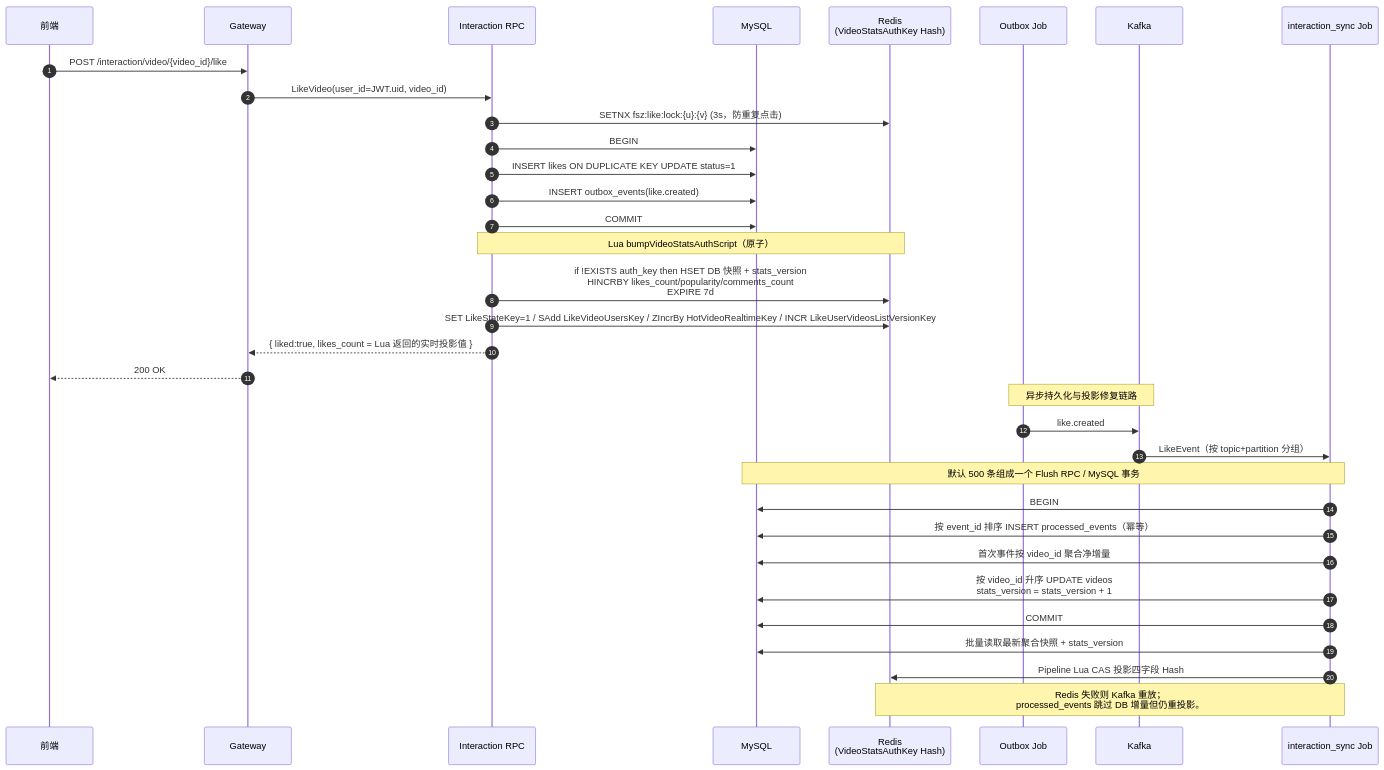
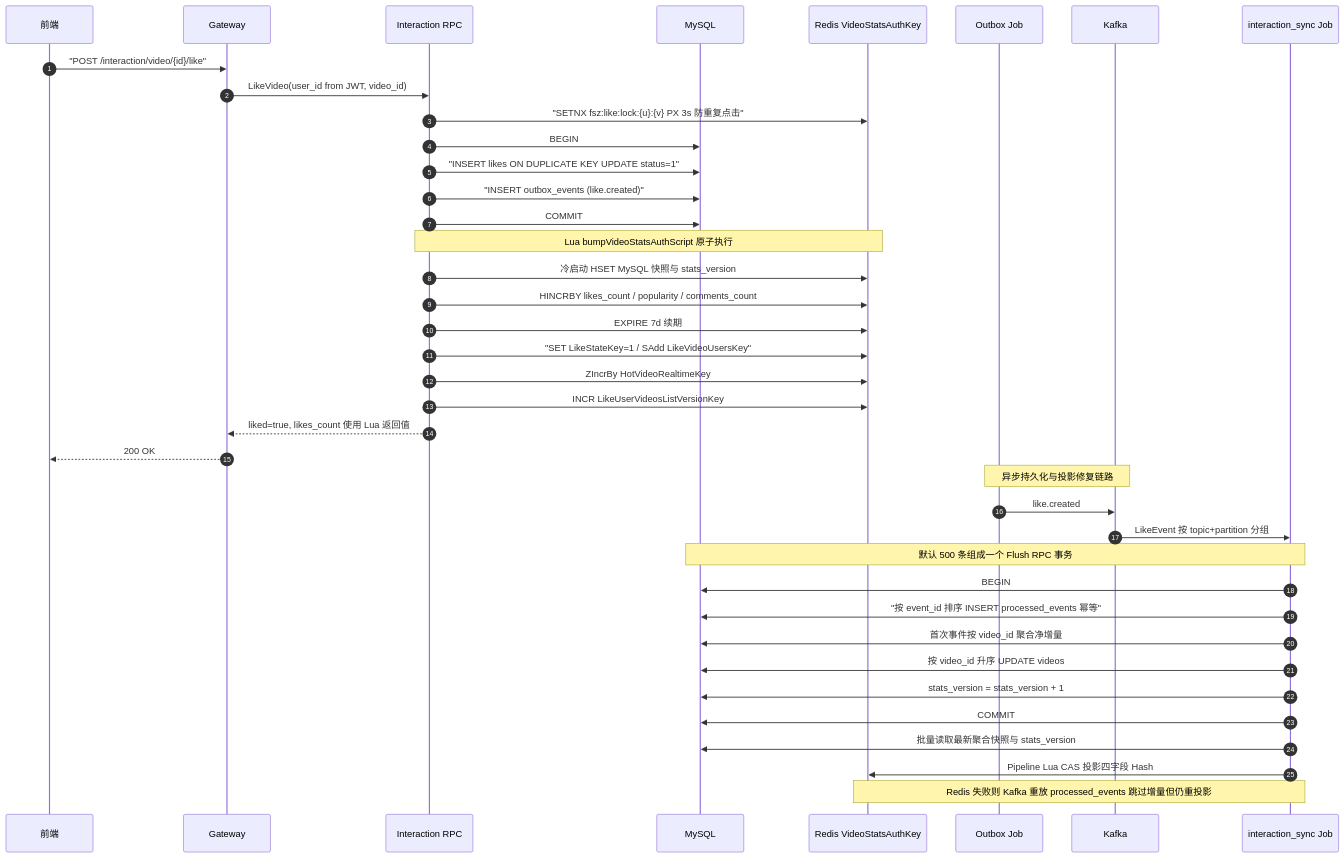
Diagram 12 of 28 in docs/PROJECT_OVERVIEW.md (Redeemz473/feedsystem-zero), drawn with Mermaid before and after one commit. The commit also changed other lines of this file and 3 other files, not shown here.

Commit message:
docs(overview): add 8.3.6 comment publish/delete flow and 5.7 three-pipeline action matrix

````diff
--- a/docs/PROJECT_OVERVIEW.md
+++ b/docs/PROJECT_OVERVIEW.md
@@ -2173,40 +2173,45 @@
 ```mermaid
 sequenceDiagram
     autonumber
     participant U as 前端
     participant G as Gateway
     participant I as Interaction RPC
     participant DB as MySQL
-    participant R as Redis<br/>(VideoStatsAuthKey Hash)
+    participant R as Redis VideoStatsAuthKey
     participant OB as Outbox Job
     participant K as Kafka
     participant IS as interaction_sync Job
 
-    U->>G: POST /interaction/video/{video_id}/like
-    G->>I: LikeVideo(user_id=JWT.uid, video_id)
-    I->>R: SETNX fsz:like:lock:{u}:{v}  (3s，防重复点击)
+    U->>G: "POST /interaction/video/{id}/like"
+    G->>I: LikeVideo(user_id from JWT, video_id)
+    I->>R: "SETNX fsz:like:lock:{u}:{v} PX 3s 防重复点击"
     I->>DB: BEGIN
-    I->>DB: INSERT likes ON DUPLICATE KEY UPDATE status=1
-    I->>DB: INSERT outbox_events(like.created)
+    I->>DB: "INSERT likes ON DUPLICATE KEY UPDATE status=1"
+    I->>DB: "INSERT outbox_events (like.created)"
     I->>DB: COMMIT
 
-    Note over I,R: Lua bumpVideoStatsAuthScript（原子）
-    I->>R: if !EXISTS auth_key then HSET DB 快照 + stats_version<br/>HINCRBY likes_count/popularity/comments_count<br/>EXPIRE 7d
-    I->>R: SET LikeStateKey=1 / SAdd LikeVideoUsersKey / ZIncrBy HotVideoRealtimeKey / INCR LikeUserVideosListVersionKey
-    I-->>G: { liked:true, likes_count = Lua 返回的实时投影值 }
+    Note over I,R: Lua bumpVideoStatsAuthScript 原子执行
+    I->>R: 冷启动 HSET MySQL 快照与 stats_version
+    I->>R: HINCRBY likes_count / popularity / comments_count
+    I->>R: EXPIRE 7d 续期
+    I->>R: "SET LikeStateKey=1 / SAdd LikeVideoUsersKey"
+    I->>R: ZIncrBy HotVideoRealtimeKey
+    I->>R: INCR LikeUserVideosListVersionKey
+    I-->>G: liked=true, likes_count 使用 Lua 返回值
     G-->>U: 200 OK
 
     Note over OB,K: 异步持久化与投影修复链路
     OB->>K: like.created
-    K->>IS: LikeEvent（按 topic+partition 分组）
+    K->>IS: LikeEvent 按 topic+partition 分组
 
-    Note over IS,DB: 默认 500 条组成一个 Flush RPC / MySQL 事务
+    Note over IS,DB: 默认 500 条组成一个 Flush RPC 事务
     IS->>DB: BEGIN
-    IS->>DB: 按 event_id 排序 INSERT processed_events（幂等）
+    IS->>DB: "按 event_id 排序 INSERT processed_events 幂等"
     IS->>DB: 首次事件按 video_id 聚合净增量
-    IS->>DB: 按 video_id 升序 UPDATE videos<br/>stats_version = stats_version + 1
+    IS->>DB: 按 video_id 升序 UPDATE videos
+    IS->>DB: stats_version = stats_version + 1
     IS->>DB: COMMIT
-    IS->>DB: 批量读取最新聚合快照 + stats_version
+    IS->>DB: 批量读取最新聚合快照与 stats_version
     IS->>R: Pipeline Lua CAS 投影四字段 Hash
-    Note over IS,R: Redis 失败则 Kafka 重放；<br/>processed_events 跳过 DB 增量但仍重投影。
+    Note over IS,R: Redis 失败则 Kafka 重放 processed_events 跳过增量但仍重投影
 ```
````
